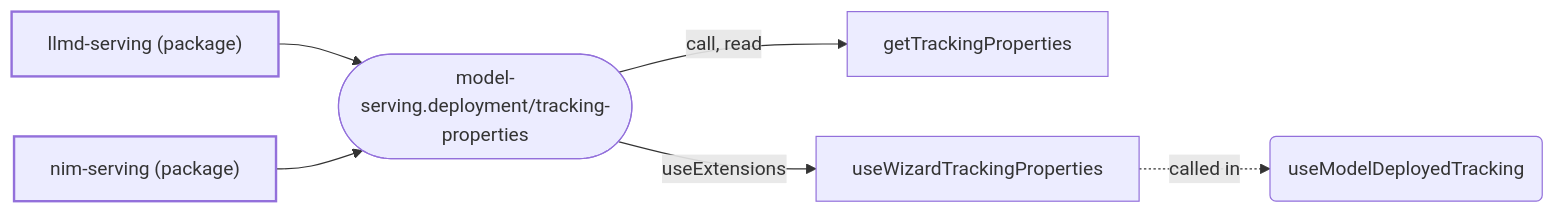
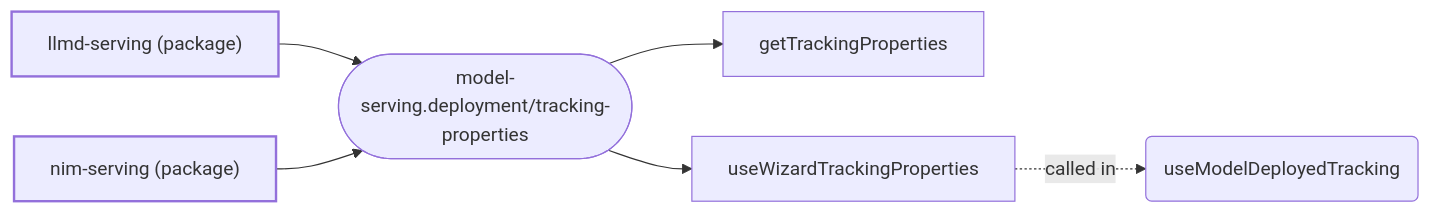
One commit to mturley/odh-dashboard changed the fifth of 19 diagrams in packages/model-serving/docs/extensions.md. Above: the diagram before and after it, drawn with Mermaid. The commit also changed other lines of this file and 28 other files, not shown here.

````diff
--- a/packages/model-serving/docs/extensions.md
+++ b/packages/model-serving/docs/extensions.md
@@ -335,16 +444,16 @@
 ```mermaid
 flowchart LR
   classDef pkg stroke-width:2px
   classDef point stroke-width:1px
   n_pkg__odh_dashboard_llmd_serving_3e146e["llmd-serving (package)"]:::pkg
   n_pkg__odh_dashboard_nim_serving_241793["nim-serving (package)"]:::pkg
   n_model_serving_deployment_tracking_properties_2845ae(["model-serving.deployment/tracking-properties"]):::point
   n_pkg__odh_dashboard_llmd_serving_3e146e --> n_model_serving_deployment_tracking_properties_2845ae
   n_pkg__odh_dashboard_nim_serving_241793 --> n_model_serving_deployment_tracking_properties_2845ae
   n_symbol_packages_model_serving_src_shared_tracking_useWizardTrackingProperties_ts_getTrackingProperties_2d918b["getTrackingProperties"]
-  n_model_serving_deployment_tracking_properties_2845ae -- "call, read" --> n_symbol_packages_model_serving_src_shared_tracking_useWizardTrackingProperties_ts_getTrackingProperties_2d918b
+  n_model_serving_deployment_tracking_properties_2845ae --> n_symbol_packages_model_serving_src_shared_tracking_useWizardTrackingProperties_ts_getTrackingProperties_2d918b
   n_symbol_packages_model_serving_src_shared_tracking_useWizardTrackingProperties_ts_useWizardTrackingProperties_a8fd8f["useWizardTrackingProperties"]
-  n_model_serving_deployment_tracking_properties_2845ae -- "useExtensions" --> n_symbol_packages_model_serving_src_shared_tracking_useWizardTrackingProperties_ts_useWizardTrackingProperties_a8fd8f
+  n_model_serving_deployment_tracking_properties_2845ae --> n_symbol_packages_model_serving_src_shared_tracking_useWizardTrackingProperties_ts_useWizardTrackingProperties_a8fd8f
   n_symbol_packages_model_serving_src_shared_tracking_useModelDeployedTracking_ts_useModelDeployedTracking_1abebb("useModelDeployedTracking")
   n_symbol_packages_model_serving_src_shared_tracking_useWizardTrackingProperties_ts_useWizardTrackingProperties_a8fd8f -. "called in" .-> n_symbol_packages_model_serving_src_shared_tracking_useModelDeployedTracking_ts_useModelDeployedTracking_1abebb
 ```
````
